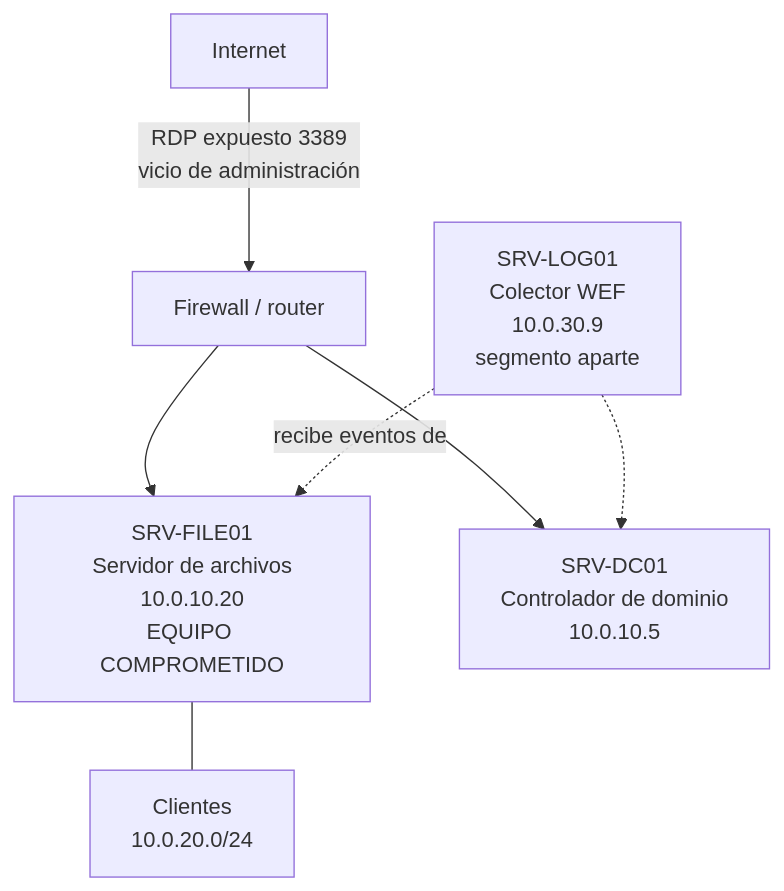
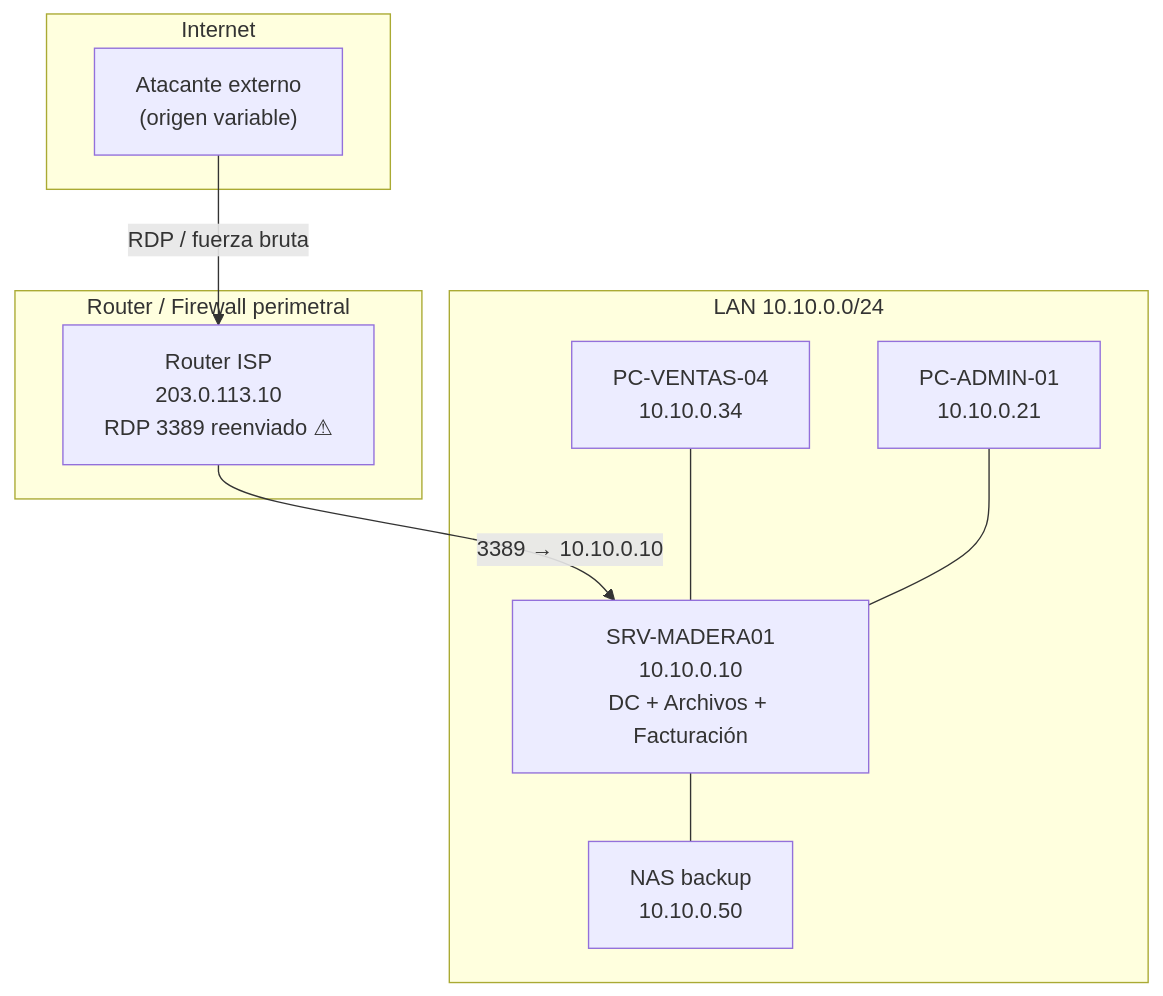
Before and after one commit to hdcm-dev/Lab-Documentos.Documentacion: the first of 2 diagrams in PROMPTs/Guides/07-Seguridad-Red-Windows-Guide/OUTPUTs/Escenario/Escenario-Testigo.md, drawn with Mermaid. The commit also changed other lines of this file and 35 other files, not shown here.

````diff
--- a/PROMPTs/Guides/07-Seguridad-Red-Windows-Guide/OUTPUTs/Escenario/Escenario-Testigo.md
+++ b/PROMPTs/Guides/07-Seguridad-Red-Windows-Guide/OUTPUTs/Escenario/Escenario-Testigo.md
@@ -15,9 +34,20 @@
 ```mermaid
-graph TD
-    INET[Internet] -->|RDP expuesto 3389<br/>vicio de administración| FW[Firewall / router]
-    FW --> SRVFILE[SRV-FILE01<br/>Servidor de archivos<br/>10.0.10.20<br/>EQUIPO COMPROMETIDO]
-    FW --> SRVDC[SRV-DC01<br/>Controlador de dominio<br/>10.0.10.5]
-    SRVLOG[SRV-LOG01<br/>Colector WEF<br/>10.0.30.9<br/>segmento aparte] -.recibe eventos de.-> SRVFILE
-    SRVLOG -.-> SRVDC
-    SRVFILE --- CLI[Clientes<br/>10.0.20.0/24]
+graph TB
+    subgraph Internet
+        ATA["Atacante externo<br/>(origen variable)"]
+    end
+    subgraph "Router / Firewall perimetral"
+        FW["Router ISP<br/>203.0.113.10<br/>RDP 3389 reenviado ⚠"]
+    end
+    subgraph "LAN 10.10.0.0/24"
+        SRV["SRV-MADERA01<br/>10.10.0.10<br/>DC + Archivos + Facturación"]
+        PC1["PC-VENTAS-04<br/>10.10.0.34"]
+        PC2["PC-ADMIN-01<br/>10.10.0.21"]
+        NAS["NAS backup<br/>10.10.0.50"]
+    end
+    ATA -->|"RDP / fuerza bruta"| FW
+    FW -->|"3389 → 10.10.0.10"| SRV
+    PC1 --- SRV
+    PC2 --- SRV
+    SRV --- NAS
 ```
````
